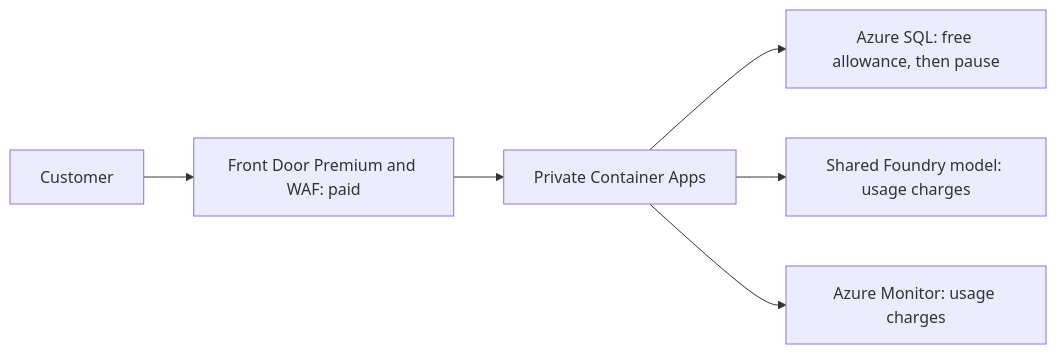
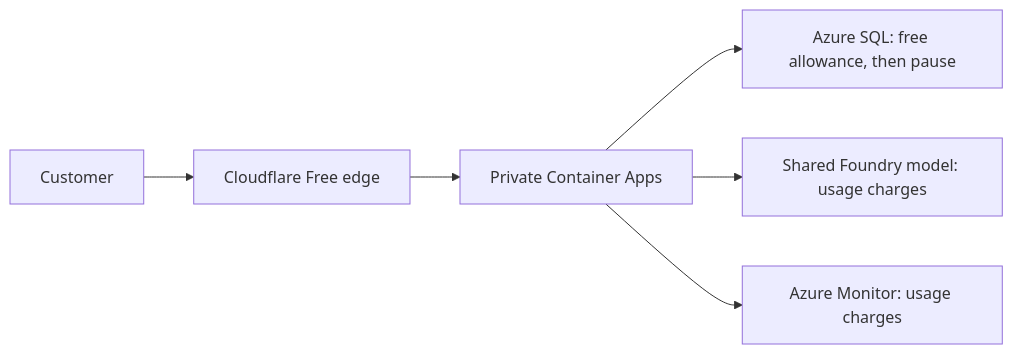
The fourth of 4 diagrams in docs/ARCHITECTURE.md (sumitsharma01/soloai), drawn with Mermaid before and after one commit. The commit also changed other lines of this file and 24 other files, not shown here.

Commit message:
Replace Front Door with Cloudflare Free tunnel edge

````diff
--- a/docs/ARCHITECTURE.md
+++ b/docs/ARCHITECTURE.md
@@ -155,8 +155,8 @@
 ```mermaid
 flowchart LR
-  Customer[Customer] --> Edge[Front Door Premium and WAF: paid]
+  Customer[Customer] --> Edge[Cloudflare Free edge]
   Edge --> App[Private Container Apps]
   App --> SQL[Azure SQL: free allowance, then pause]
   App --> AI[Shared Foundry model: usage charges]
   App --> Monitor[Azure Monitor: usage charges]
 ```
````
